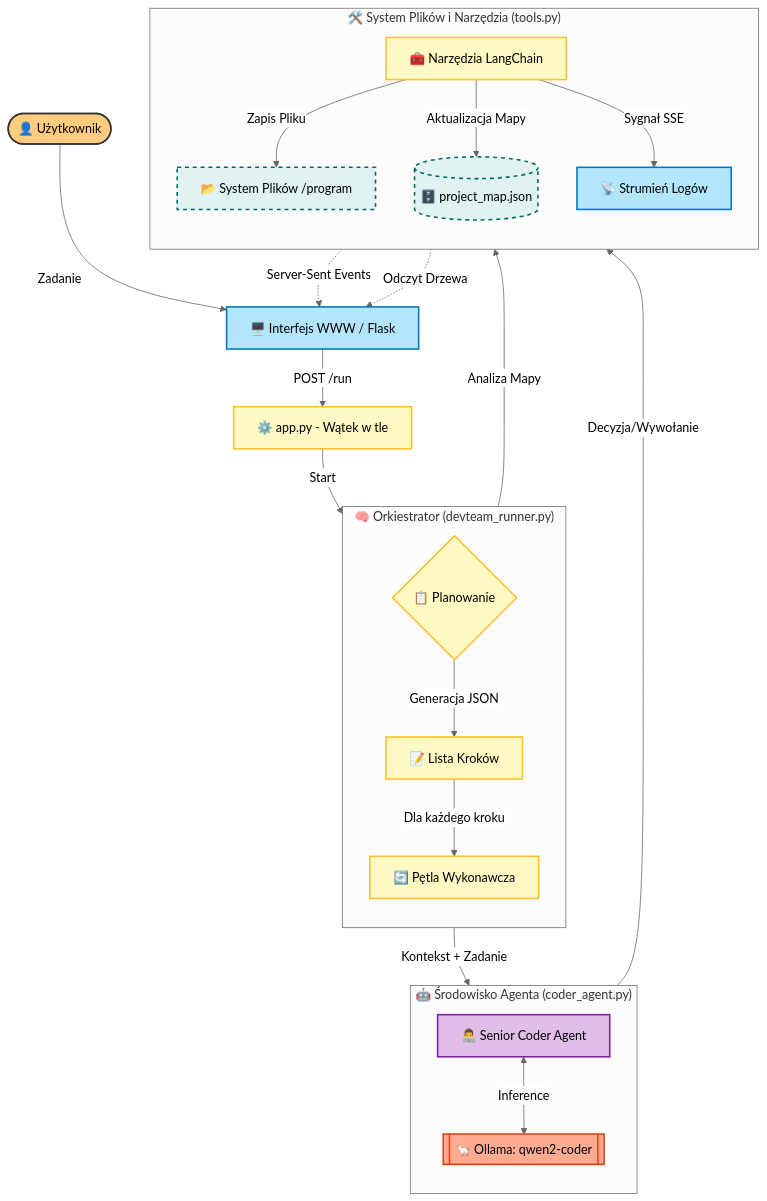
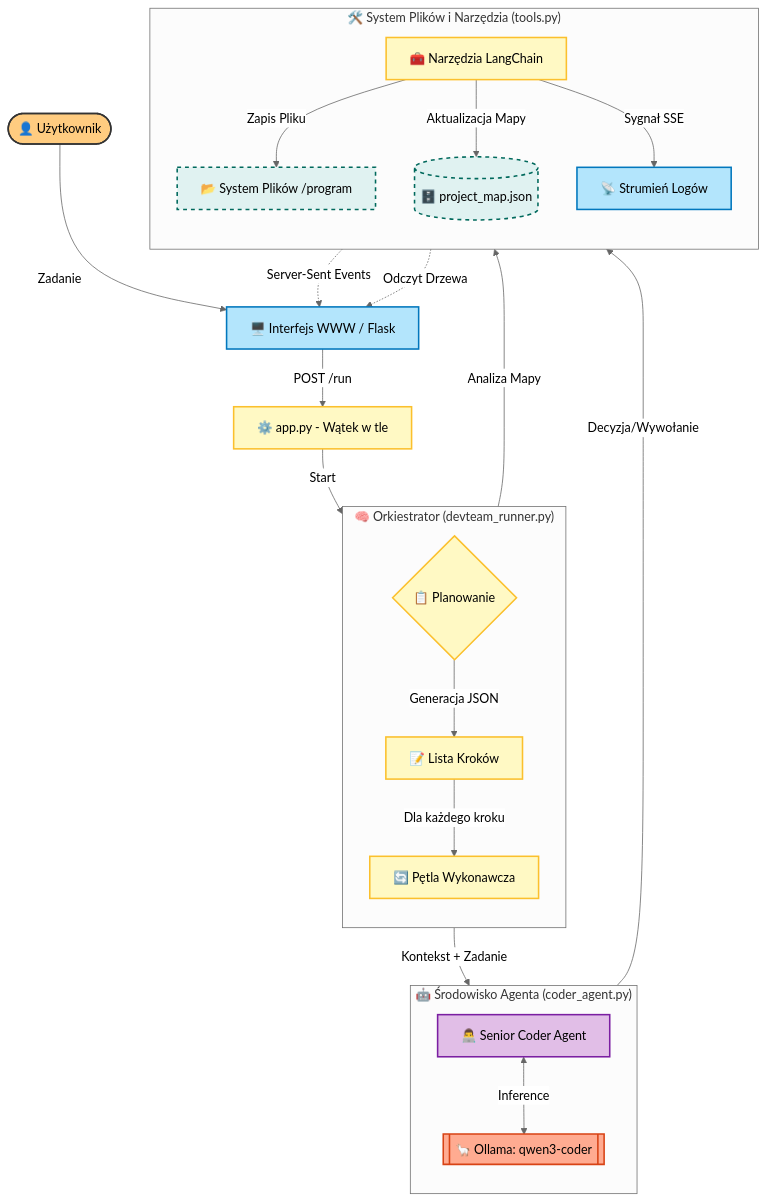
The diagram in README.md (rafal1338/AIagent), drawn with Mermaid (neutral theme) before and after one commit.

````diff
--- a/README.md
+++ b/README.md
@@ -11,58 +11,58 @@
 ```mermaid
 graph TD
     %% --- Style ---
     classDef actor fill:#ffcc80,stroke:#333,stroke-width:2px,color:#000;
     classDef ui fill:#b3e5fc,stroke:#0277bd,stroke-width:2px,color:#000;
     classDef logic fill:#fff9c4,stroke:#fbc02d,stroke-width:2px,color:#000;
     classDef storage fill:#e0f2f1,stroke:#00695c,stroke-width:2px,stroke-dasharray: 5 5,color:#000;
     classDef agent fill:#e1bee7,stroke:#7b1fa2,stroke-width:2px,color:#000;
     classDef external fill:#ffab91,stroke:#d84315,stroke-width:2px,color:#000;
 
     %% --- Węzły ---
     User([👤 Użytkownik]):::actor
     UI[🖥️ Interfejs WWW / Flask]:::ui
     App[⚙️ app.py - Wątek w tle]:::logic
     
     subgraph Orchestrator ["🧠 Orkiestrator (devteam_runner.py)"]
         direction TB
         Planner{📋 Planowanie}:::logic
         Steps[📝 Lista Kroków]:::logic
         Loop[🔄 Pętla Wykonawcza]:::logic
     end
     
     subgraph AgentEnv ["🤖 Środowisko Agenta (coder_agent.py)"]
         direction TB
         Coder[👨‍💻 Senior Coder Agent]:::agent
-        Ollama[[🦙 Ollama: qwen2-coder]]:::external
+        Ollama[[🦙 Ollama: qwen3-coder]]:::external
     end
     
     subgraph ToolsSystem ["🛠️ System Plików i Narzędzia (tools.py)"]
         direction TB
         Tools[🧰 Narzędzia LangChain]:::logic
         FS[📂 System Plików /program]:::storage
         KB[(🗄️ project_map.json)]:::storage
         LogStream[📡 Strumień Logów]:::ui
     end
 
     %% --- Połączenia ---
     User -->|Zadanie| UI
     UI -->|POST /run| App
     App -->|Start| Planner
     
     Planner -->|Analiza Mapy| KB
     Planner -->|Generacja JSON| Steps
     Steps -->|Dla każdego kroku| Loop
     
     Loop -->|Kontekst + Zadanie| Coder
     Coder <-->|Inference| Ollama
     
     Coder -->|Decyzja/Wywołanie| Tools
     
     Tools -->|Zapis Pliku| FS
     Tools -->|Aktualizacja Mapy| KB
     Tools -->|Sygnał SSE| LogStream
     
     LogStream -.->|Server-Sent Events| UI
     FS -.->|Odczyt Drzewa| UI
 
 ```
````
